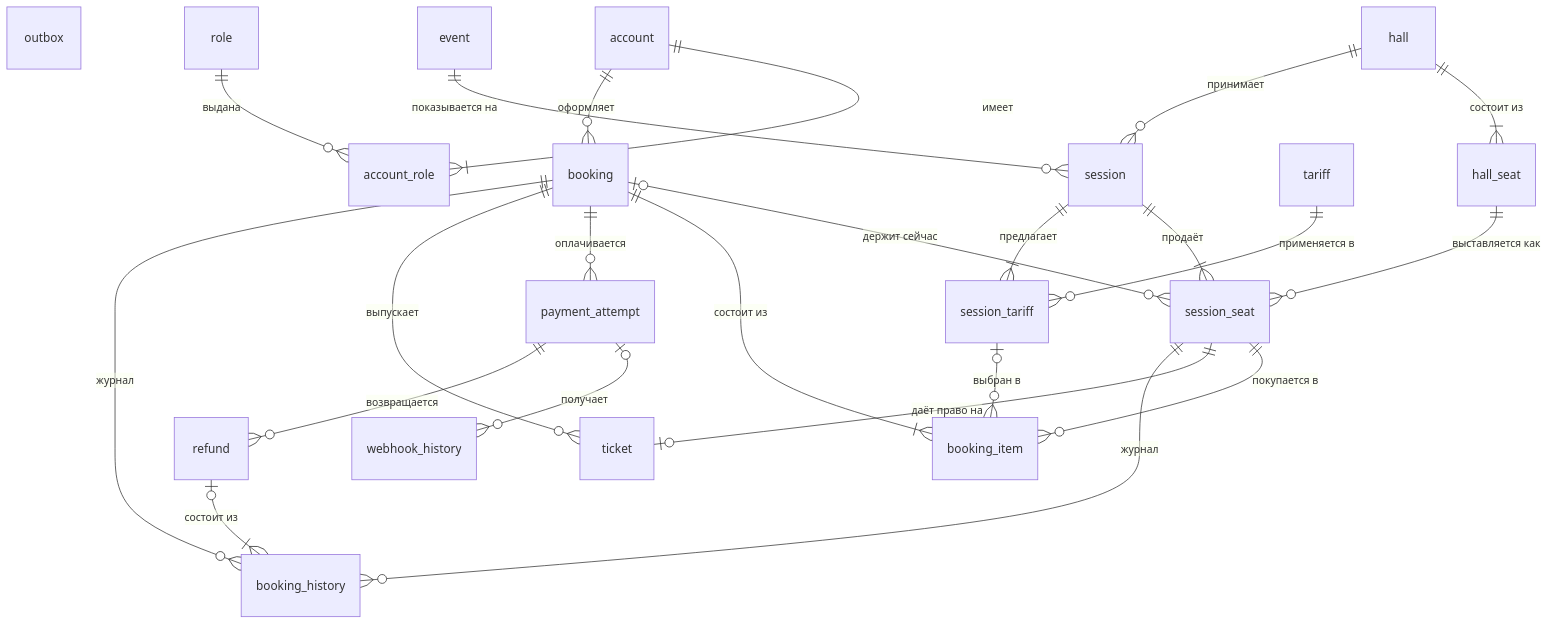
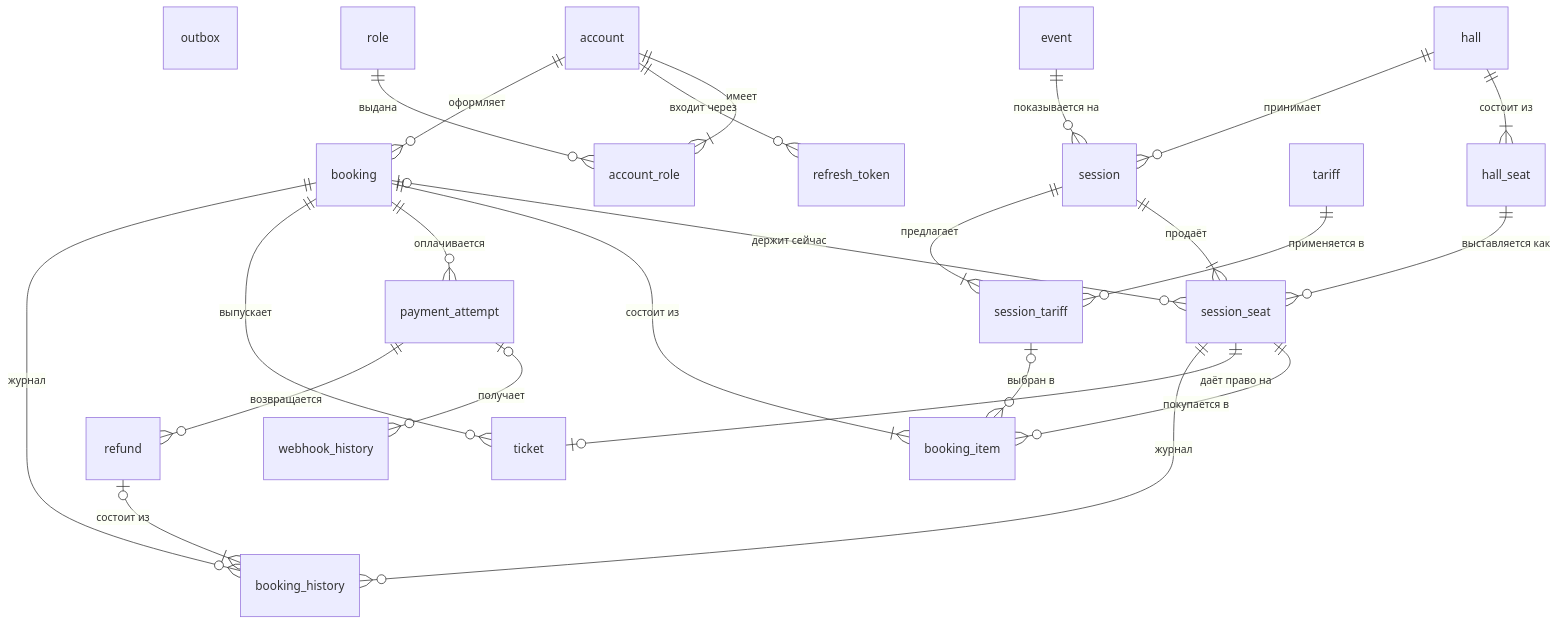
The second of 2 diagrams in docs/er.md (Drusiand/ticket-service), drawn with Mermaid before and after one commit. The commit also changed other lines of this file and 1 other file, not shown here.

Commit message:
Record slice 0 design decisions
Journal entries 70-74: project layout and pgx without an ORM, goose
migrations as a separate command (k8s Job), cross-feature transactions
via a Querier interface, short JWT plus rotated refresh tokens stored
as hashes. Slice 0 definition of done; refresh_token added to the ER.

````diff
--- a/docs/er.md
+++ b/docs/er.md
@@ -58,56 +59,58 @@
 ```mermaid
 erDiagram
     outbox
 
     %% account_role.account_id, account_role.role_id
     account ||--|{ account_role : "имеет"
     role ||--o{ account_role : "выдана"
+    %% refresh_token.account_id
+    account ||--o{ refresh_token : "входит через"
 
     %% hall_seat.hall_id
     hall ||--|{ hall_seat : "состоит из"
     %% session.hall_id
     hall ||--o{ session : "принимает"
     %% session.event_id
     event ||--o{ session : "показывается на"
 
     %% session_seat.session_id
     session ||--|{ session_seat : "продаёт"
     %% session_seat.hall_seat_id
     hall_seat ||--o{ session_seat : "выставляется как"
 
     %% session_tariff.session_id
     session ||--|{ session_tariff : "предлагает"
     %% session_tariff.tariff_id
     tariff ||--o{ session_tariff : "применяется в"
 
     %% booking.account_id
     account ||--o{ booking : "оформляет"
     %% session_seat.booking_id NULL — текущий резерв или продажа
     booking |o--o{ session_seat : "держит сейчас"
 
     %% booking_item.booking_id
     booking ||--|{ booking_item : "состоит из"
     %% booking_item.session_seat_id
     session_seat ||--o{ booking_item : "покупается в"
     %% booking_item.session_tariff_id NULL — до выбора тарифа
     session_tariff |o--o{ booking_item : "выбран в"
 
     %% payment_attempt.booking_id
     booking ||--o{ payment_attempt : "оплачивается"
     %% webhook_history.payment_attempt_id NULL — событие без известной попытки
     payment_attempt |o--o{ webhook_history : "получает"
     %% refund.payment_attempt_id
     payment_attempt ||--o{ refund : "возвращается"
 
     %% ticket.booking_id
     booking ||--o{ ticket : "выпускает"
     %% ticket.session_seat_id, уникальный
     session_seat ||--o| ticket : "даёт право на"
 
     %% booking_history.session_seat_id
     session_seat ||--o{ booking_history : "журнал"
     %% booking_history.booking_id
     booking ||--o{ booking_history : "журнал"
     %% booking_history.refund_id NULL — только у записей «возвращено»
     refund |o--|{ booking_history : "состоит из"
 ```
````
